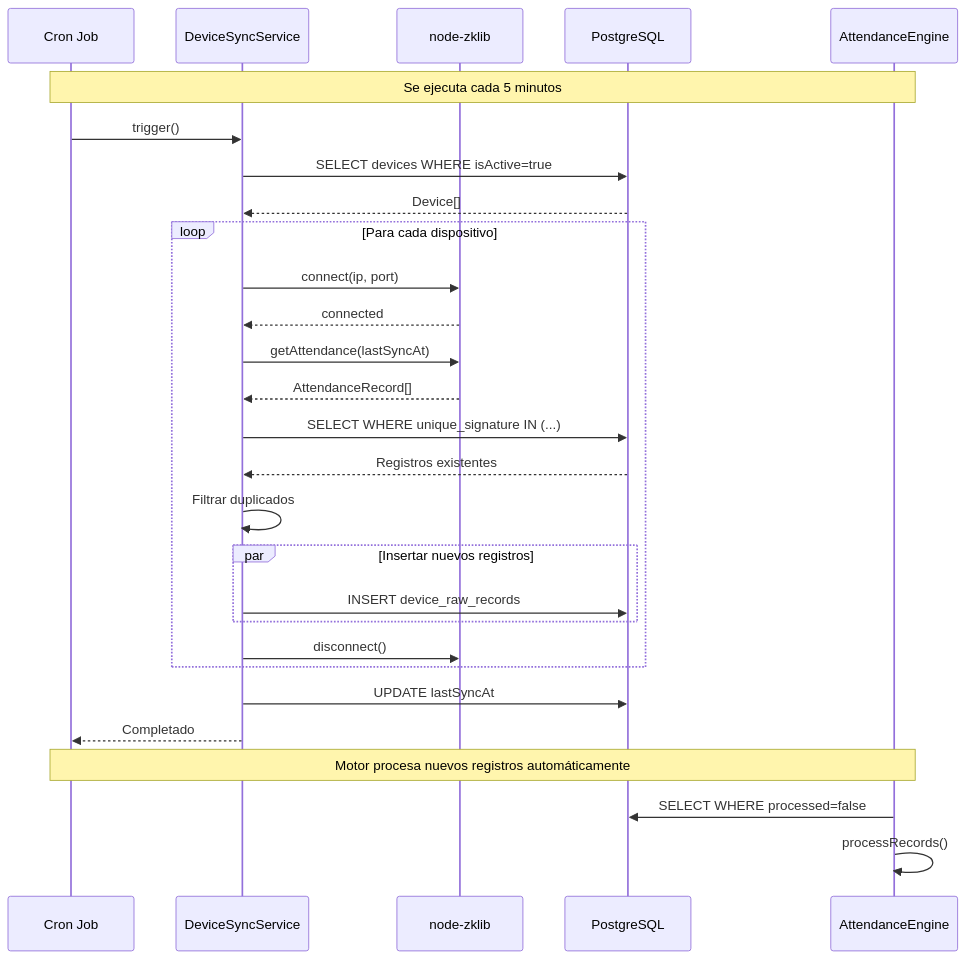
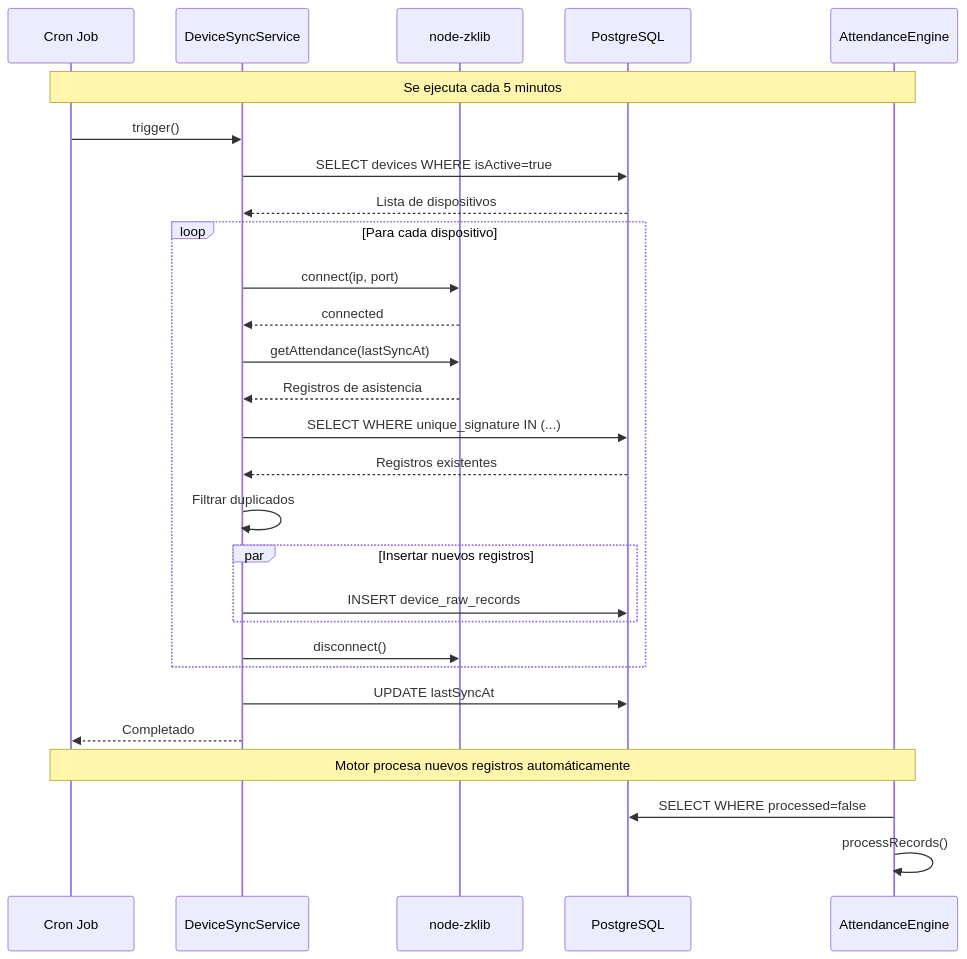
One commit to MAAC77/docs-hr changed the third of 10 diagrams in 06-integracion-dispositivos/02-sincronizacion-de-datos.md. Above: the diagram before and after it, drawn with Mermaid. The commit also changed other lines of this file and 12 other files, not shown here.

````diff
--- a/06-integracion-dispositivos/02-sincronizacion-de-datos.md
+++ b/06-integracion-dispositivos/02-sincronizacion-de-datos.md
@@ -76,38 +76,38 @@
 ```mermaid
 sequenceDiagram
     participant Job as Cron Job
     participant Sync as DeviceSyncService
     participant ZK as node-zklib
     participant DB as PostgreSQL
     participant Engine as AttendanceEngine
 
     Note over Job,Engine: Se ejecuta cada 5 minutos
     Job->>Sync: trigger()
     Sync->>DB: SELECT devices WHERE isActive=true
-    DB-->>Sync: Device[]
+    DB-->>Sync: Lista de dispositivos
 
     loop Para cada dispositivo
         Sync->>ZK: connect(ip, port)
         ZK-->>Sync: connected
         Sync->>ZK: getAttendance(lastSyncAt)
-        ZK-->>Sync: AttendanceRecord[]
+        ZK-->>Sync: Registros de asistencia
 
         Sync->>DB: SELECT WHERE unique_signature IN (...)
         DB-->>Sync: Registros existentes
 
         Sync->>Sync: Filtrar duplicados
 
         par Insertar nuevos registros
             Sync->>DB: INSERT device_raw_records
         end
 
         Sync->>ZK: disconnect()
     end
 
     Sync->>DB: UPDATE lastSyncAt
     Sync-->>Job: Completado
 
     Note over Job,Engine: Motor procesa nuevos registros automáticamente
     Engine->>DB: SELECT WHERE processed=false
     Engine->>Engine: processRecords()
 ```
````
